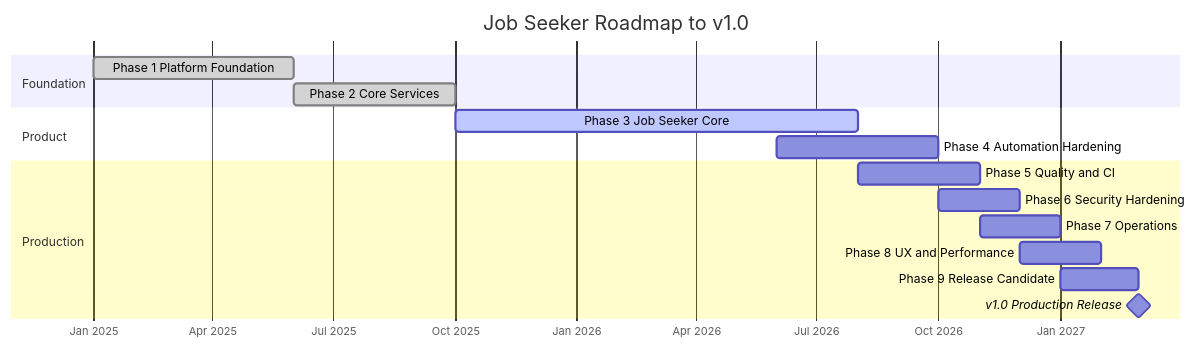
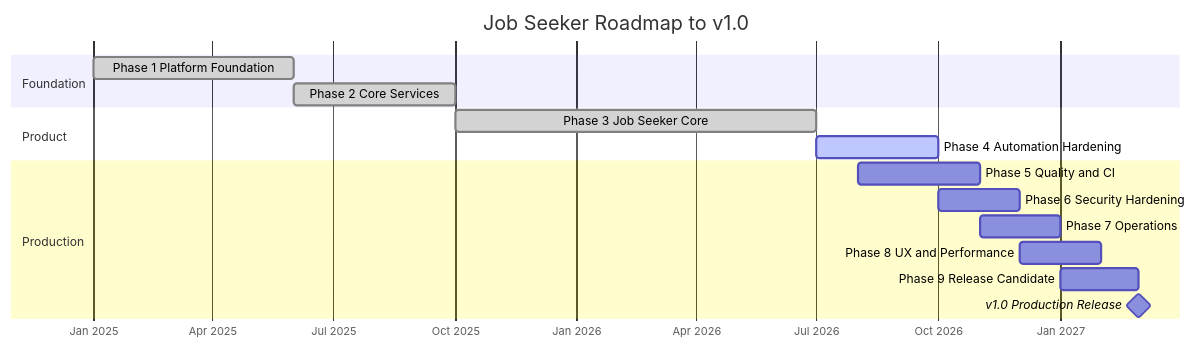
Before and after one commit to blburns/job-seeker: the first of 2 diagrams in ROADMAP.md, drawn with Mermaid. The commit also changed other lines of this file and 17 other files, not shown here.

First line of the commit message:
feat: complete Phase 3 job seeker core (v0.3.0)

````diff
--- a/ROADMAP.md
+++ b/ROADMAP.md
@@ -185,22 +185,22 @@
 ```mermaid
 gantt
     title Job Seeker Roadmap to v1.0
     dateFormat YYYY-MM
     axisFormat %b %Y
 
     section Foundation
     Phase 1 Platform Foundation     :done, p1, 2025-01, 2025-06
     Phase 2 Core Services           :done, p2, 2025-06, 2025-10
 
     section Product
-    Phase 3 Job Seeker Core         :active, p3, 2025-10, 2026-08
-    Phase 4 Automation Hardening    :p4, 2026-06, 2026-10
+    Phase 3 Job Seeker Core         :done, p3, 2025-10, 2026-07
+    Phase 4 Automation Hardening    :active, p4, 2026-07, 2026-10
 
     section Production
     Phase 5 Quality and CI          :p5, 2026-08, 2026-11
     Phase 6 Security Hardening      :p6, 2026-10, 2026-12
     Phase 7 Operations              :p7, 2026-11, 2027-01
     Phase 8 UX and Performance      :p8, 2026-12, 2027-02
     Phase 9 Release Candidate       :p9, 2027-01, 2027-03
     v1.0 Production Release         :milestone, v1, 2027-03, 0d
 ```
````
